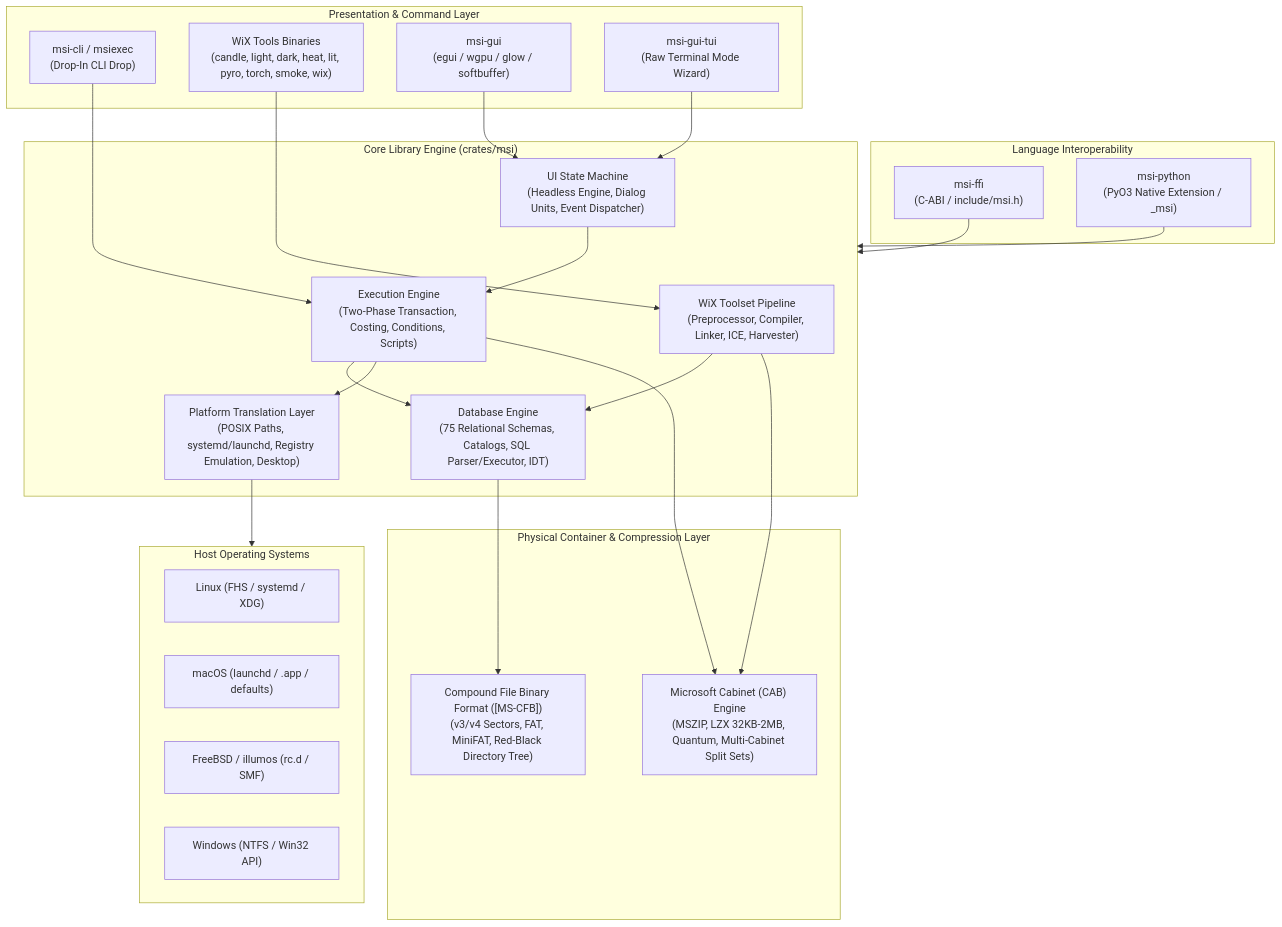
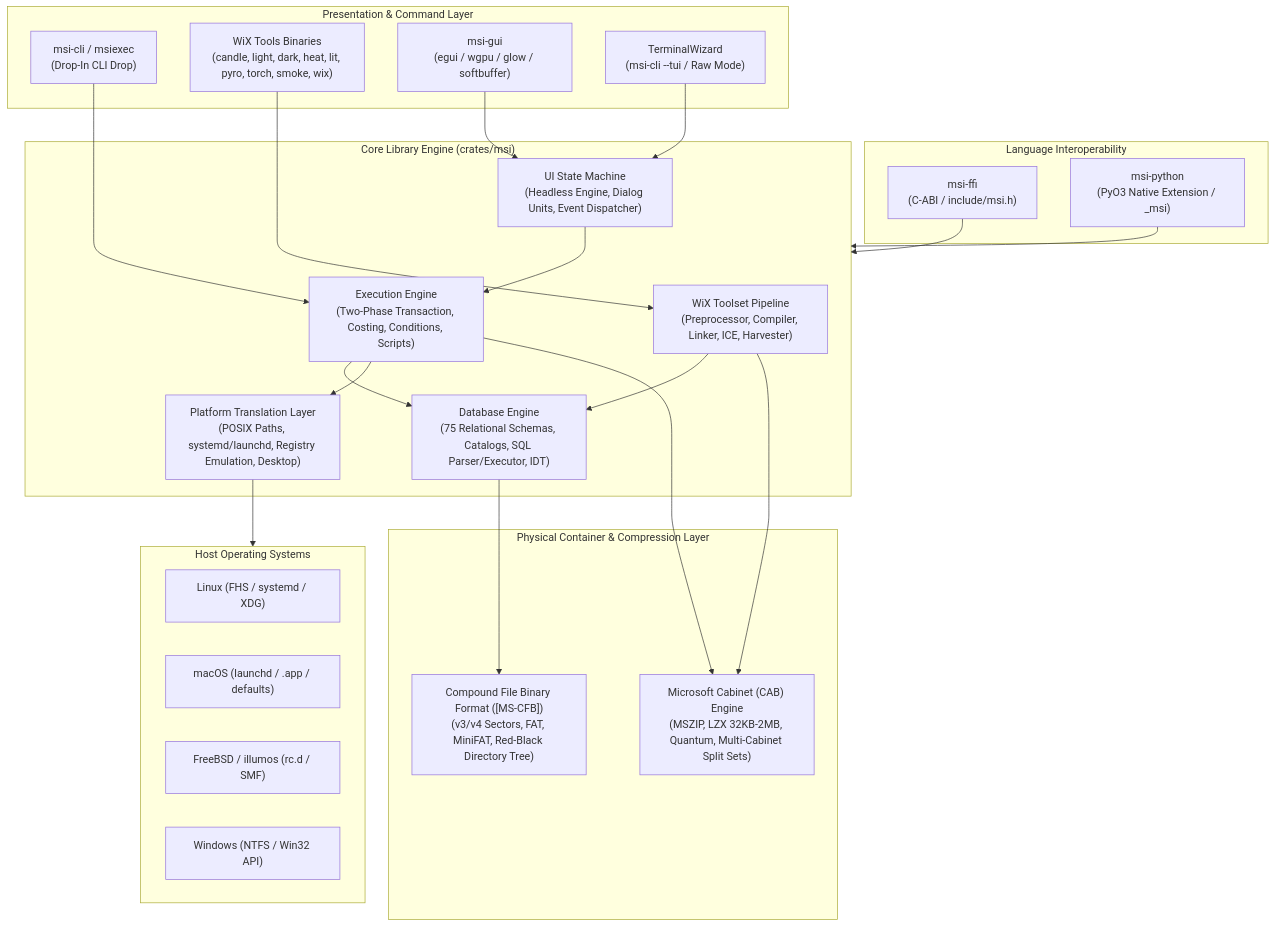
One commit to SamuelMarks/msi-rs changed the first of 13 diagrams in ARCHITECTURE.md. Above: the diagram before and after it, drawn with Mermaid. The commit also changed other lines of this file and 13 other files, not shown here.

````diff
--- a/ARCHITECTURE.md
+++ b/ARCHITECTURE.md
@@ -61,51 +61,51 @@
 ```mermaid
 graph TB
     subgraph UI_CLI["Presentation & Command Layer"]
         CLI["msi-cli / msiexec<br/>(Drop-In CLI Drop)"]
         WIX_TOOLS["WiX Tools Binaries<br/>(candle, light, dark, heat, lit, pyro, torch, smoke, wix)"]
         GUI["msi-gui<br/>(egui / wgpu / glow / softbuffer)"]
-        TUI["msi-gui-tui<br/>(Raw Terminal Mode Wizard)"]
+        TUI["TerminalWizard<br/>(msi-cli --tui / Raw Mode)"]
     end
 
     subgraph BINDINGS["Language Interoperability"]
         FFI["msi-ffi<br/>(C-ABI / include/msi.h)"]
         PY["msi-python<br/>(PyO3 Native Extension / _msi)"]
     end
 
     subgraph CORE_ENGINE["Core Library Engine (crates/msi)"]
         WIX_PIPE["WiX Toolset Pipeline<br/>(Preprocessor, Compiler, Linker, ICE, Harvester)"]
         EXEC["Execution Engine<br/>(Two-Phase Transaction, Costing, Conditions, Scripts)"]
         DB["Database Engine<br/>(75 Relational Schemas, Catalogs, SQL Parser/Executor, IDT)"]
         UI_ENGINE["UI State Machine<br/>(Headless Engine, Dialog Units, Event Dispatcher)"]
         PLATFORM["Platform Translation Layer<br/>(POSIX Paths, systemd/launchd, Registry Emulation, Desktop)"]
     end
 
     subgraph STORAGE["Physical Container & Compression Layer"]
         CFB["Compound File Binary Format ([MS-CFB])<br/>(v3/v4 Sectors, FAT, MiniFAT, Red-Black Directory Tree)"]
         CAB["Microsoft Cabinet (CAB) Engine<br/>(MSZIP, LZX 32KB-2MB, Quantum, Multi-Cabinet Split Sets)"]
     end
 
     subgraph HOST_OS["Host Operating Systems"]
         LINUX["Linux (FHS / systemd / XDG)"]
         MACOS["macOS (launchd / .app / defaults)"]
         BSD["FreeBSD / illumos (rc.d / SMF)"]
         WIN["Windows (NTFS / Win32 API)"]
     end
 
     CLI --> EXEC
     WIX_TOOLS --> WIX_PIPE
     GUI --> UI_ENGINE
     TUI --> UI_ENGINE
     FFI --> CORE_ENGINE
     PY --> CORE_ENGINE
 
     WIX_PIPE --> DB
     WIX_PIPE --> CAB
     EXEC --> DB
     EXEC --> PLATFORM
     UI_ENGINE --> EXEC
 
     DB --> CFB
     EXEC --> CAB
     PLATFORM --> HOST_OS
 ```
````
